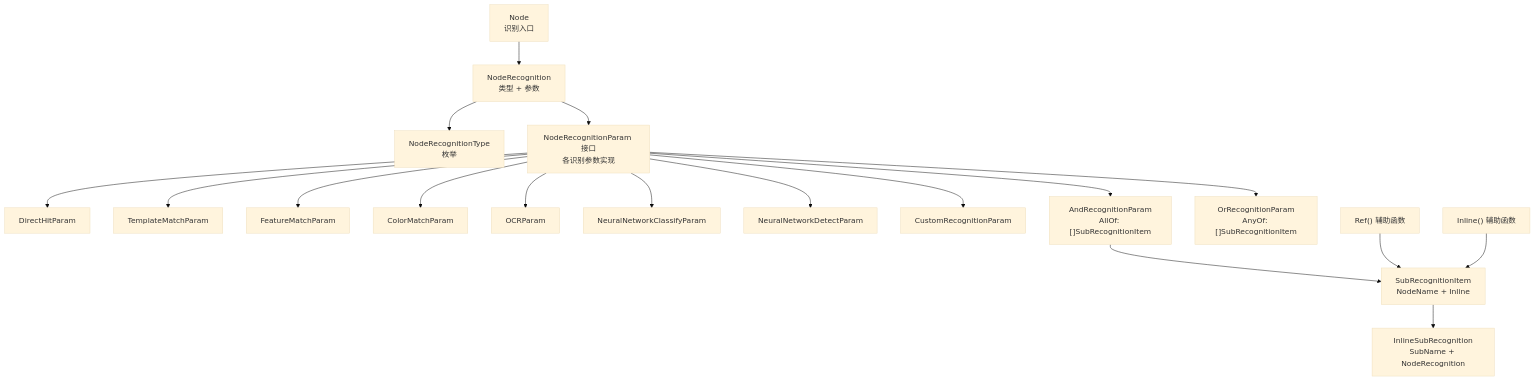
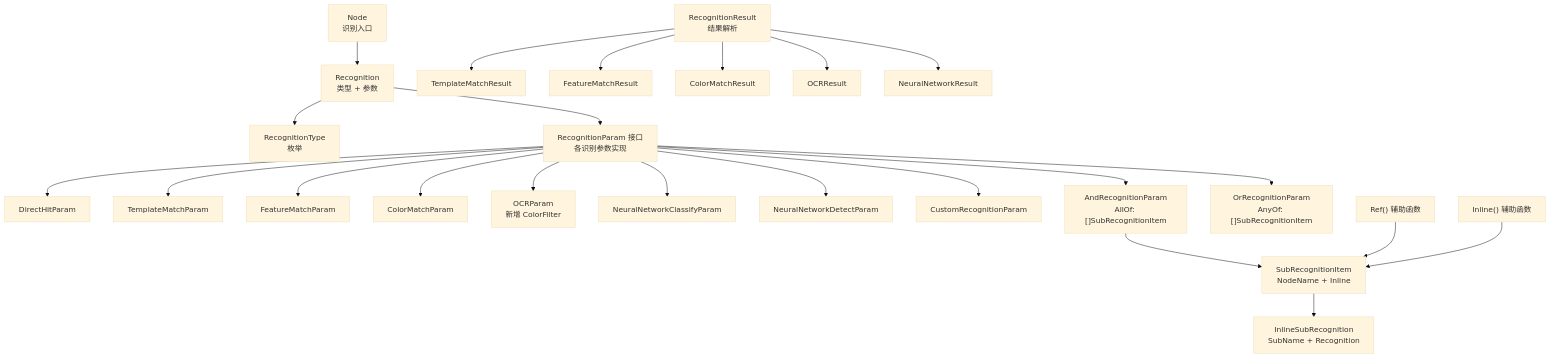
Before and after one commit to kqcoxn/MaaPipelineEditor: the first of 4 diagrams in instructions/maafw-golang-binding/高级功能/流水线配置/节点结构详解/识别配置详解/识别配置详解.md, drawn with Mermaid (base theme). The commit also changed other lines of this file and 9 other files, not shown here.

````diff
--- a/instructions/maafw-golang-binding/高级功能/流水线配置/节点结构详解/识别配置详解/识别配置详解.md
+++ b/instructions/maafw-golang-binding/高级功能/流水线配置/节点结构详解/识别配置详解/识别配置详解.md
@@ -47,20 +50,25 @@
 ```mermaid
 graph TB
-A["Node<br/>识别入口"] --> B["NodeRecognition<br/>类型 + 参数"]
-B --> C["NodeRecognitionType<br/>枚举"]
-B --> D["NodeRecognitionParam 接口<br/>各识别参数实现"]
+A["Node<br/>识别入口"] --> B["Recognition<br/>类型 + 参数"]
+B --> C["RecognitionType<br/>枚举"]
+B --> D["RecognitionParam 接口<br/>各识别参数实现"]
 D --> E["DirectHitParam"]
 D --> F["TemplateMatchParam"]
 D --> G["FeatureMatchParam"]
 D --> H["ColorMatchParam"]
-D --> I["OCRParam"]
+D --> I["OCRParam<br/>新增 ColorFilter"]
 D --> J["NeuralNetworkClassifyParam"]
 D --> K["NeuralNetworkDetectParam"]
 D --> L["CustomRecognitionParam"]
 D --> M["AndRecognitionParam<br/>AllOf: []SubRecognitionItem"]
 D --> N["OrRecognitionParam<br/>AnyOf: []SubRecognitionItem"]
 M --> O["SubRecognitionItem<br/>NodeName + Inline"]
-O --> P["InlineSubRecognition<br/>SubName + NodeRecognition"]
+O --> P["InlineSubRecognition<br/>SubName + Recognition"]
 Q["Ref() 辅助函数"] --> O
 R["Inline() 辅助函数"] --> O
+S["RecognitionResult<br/>结果解析"] --> T["TemplateMatchResult"]
+S --> U["FeatureMatchResult"]
+S --> V["ColorMatchResult"]
+S --> W["OCRResult"]
+S --> X["NeuralNetworkResult"]
 ```
````
